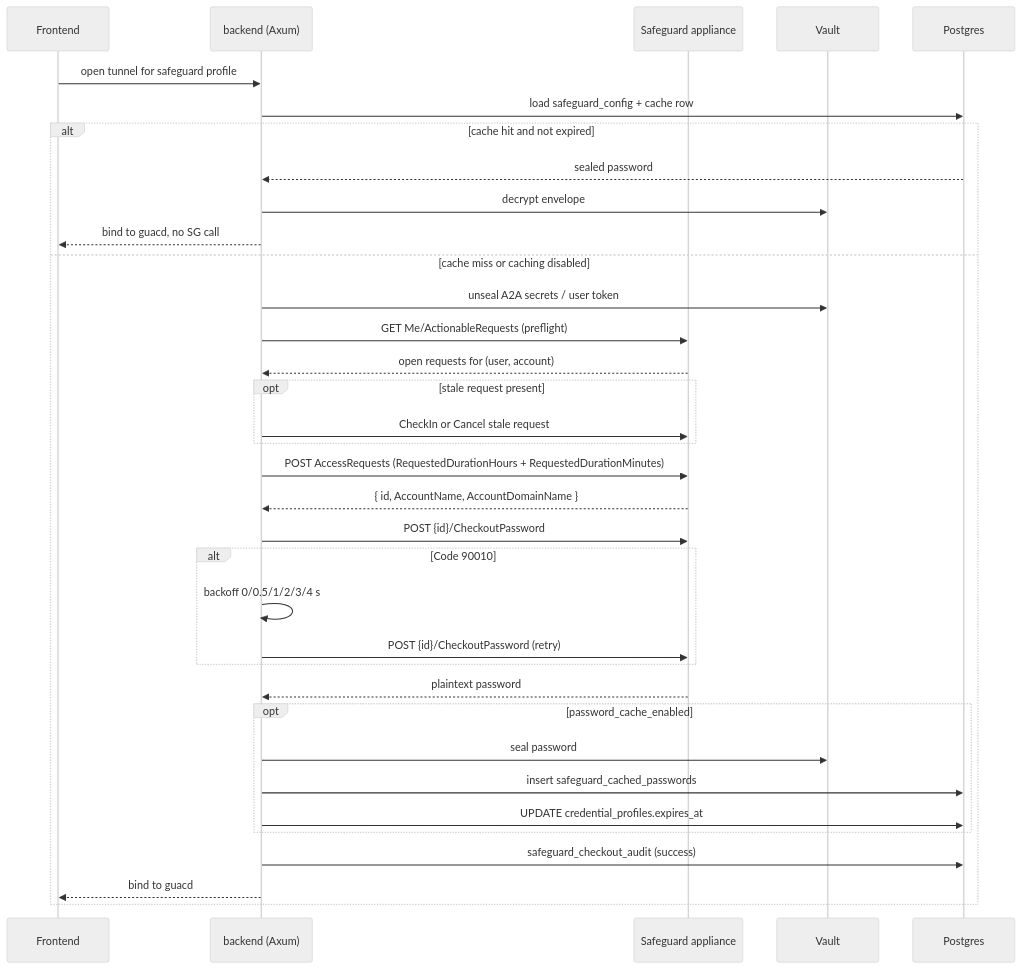
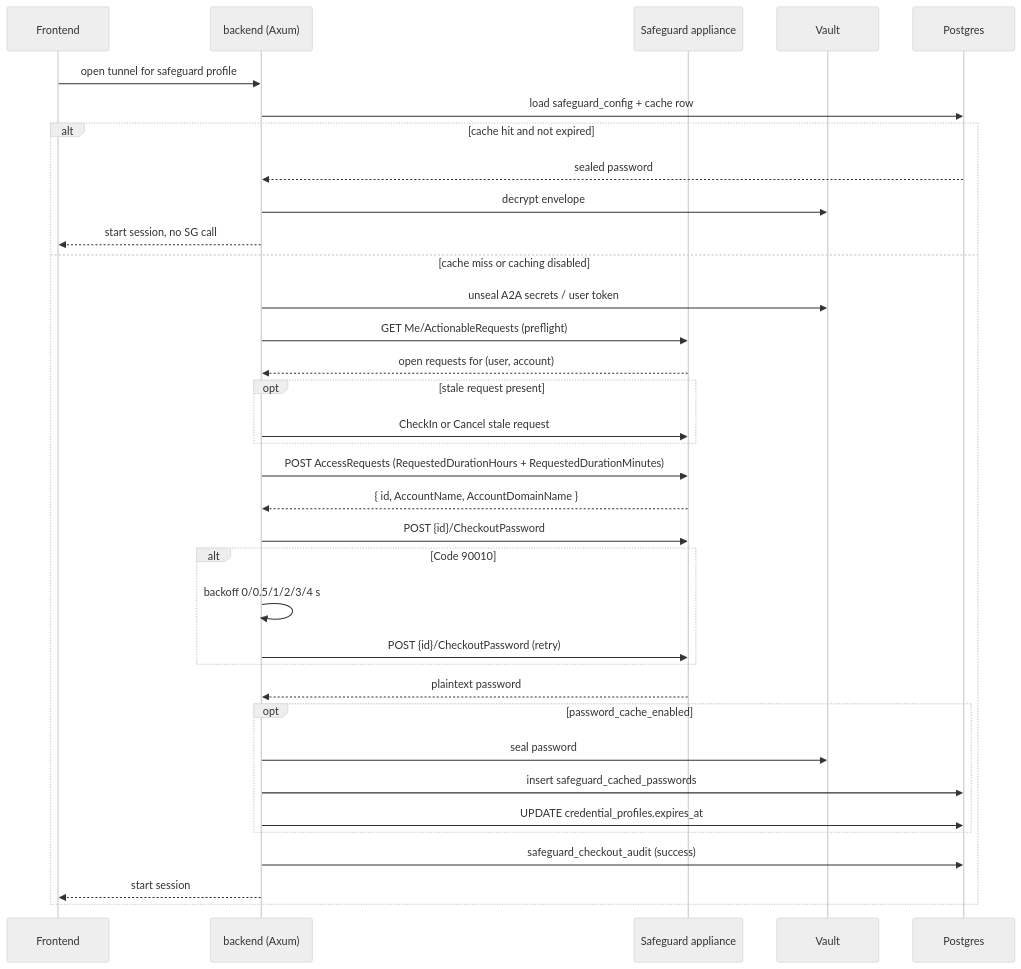
Before and after one commit to Bails309/strata-client: the fifth of 8 diagrams in docs/architecture.md, drawn with Mermaid (neutral theme). The commit also changed other lines of this file and 167 other files, not shown here.

````diff
--- a/docs/architecture.md
+++ b/docs/architecture.md
@@ -1099,38 +1182,38 @@
 ```mermaid
 sequenceDiagram
     participant UI as Frontend
     participant BE as backend (Axum)
     participant SG as Safeguard appliance
     participant Vault
     participant DB as Postgres
 
     UI->>BE: open tunnel for safeguard profile
     BE->>DB: load safeguard_config + cache row
     alt cache hit and not expired
         DB-->>BE: sealed password
         BE->>Vault: decrypt envelope
-        BE-->>UI: bind to guacd, no SG call
+        BE-->>UI: start session, no SG call
     else cache miss or caching disabled
         BE->>Vault: unseal A2A secrets / user token
         BE->>SG: GET Me/ActionableRequests (preflight)
         SG-->>BE: open requests for (user, account)
         opt stale request present
             BE->>SG: CheckIn or Cancel stale request
         end
         BE->>SG: POST AccessRequests (RequestedDurationHours + RequestedDurationMinutes)
         SG-->>BE: { id, AccountName, AccountDomainName }
         BE->>SG: POST {id}/CheckoutPassword
         alt Code 90010
             BE->>BE: backoff 0/0.5/1/2/3/4 s
             BE->>SG: POST {id}/CheckoutPassword (retry)
         end
         SG-->>BE: plaintext password
         opt password_cache_enabled
             BE->>Vault: seal password
             BE->>DB: insert safeguard_cached_passwords
             BE->>DB: UPDATE credential_profiles.expires_at
         end
         BE->>DB: safeguard_checkout_audit (success)
-        BE-->>UI: bind to guacd
+        BE-->>UI: start session
     end
 ```
````
